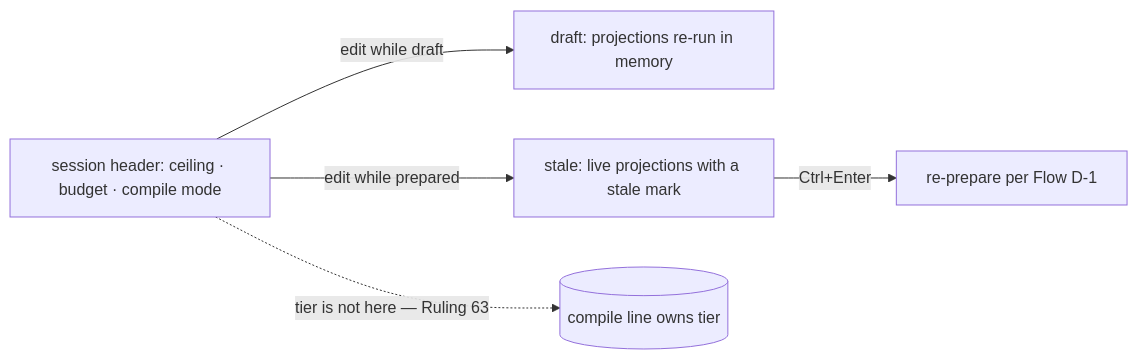
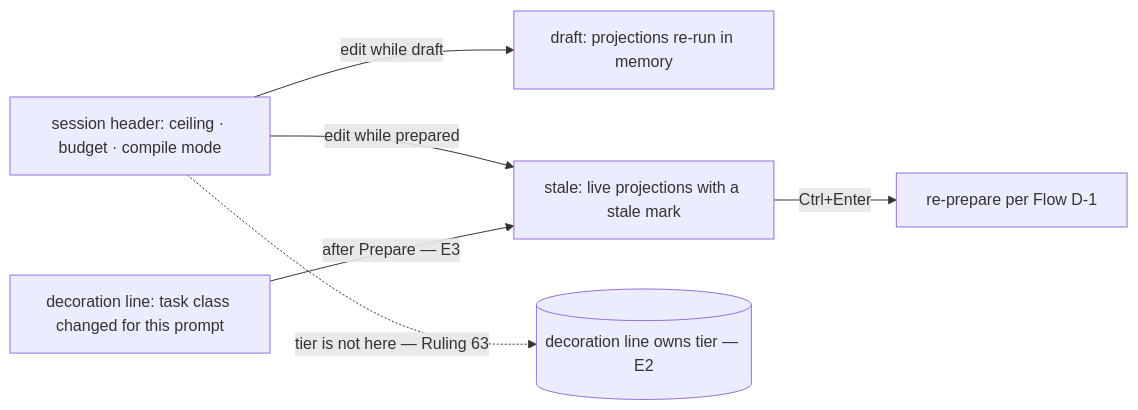
One commit to timianmalloo/ai-de changed the fourth of 5 diagrams in docs/specs/addendum-d-compile-step.md. Above: the diagram before and after it, drawn with Mermaid. The commit also changed other lines of this file and 17 other files, not shown here.

````diff
--- a/docs/specs/addendum-d-compile-step.md
+++ b/docs/specs/addendum-d-compile-step.md
@@ -726,7 +736,8 @@
 ```mermaid
 flowchart LR
   H[session header: ceiling · budget · compile mode] -->|edit while draft| A2[draft: projections re-run in memory]
   H -->|edit while prepared| S2[stale: live projections with a stale mark]
+  T[decoration line: task class changed for this prompt] -->|after Prepare — E3| S2
   S2 -->|Ctrl+Enter| C2[re-prepare per Flow D-1]
-  H -.->|tier is not here — Ruling 63| X[(compile line owns tier)]
+  H -.->|tier is not here — Ruling 63| X[(decoration line owns tier — E2)]
 ```
````
